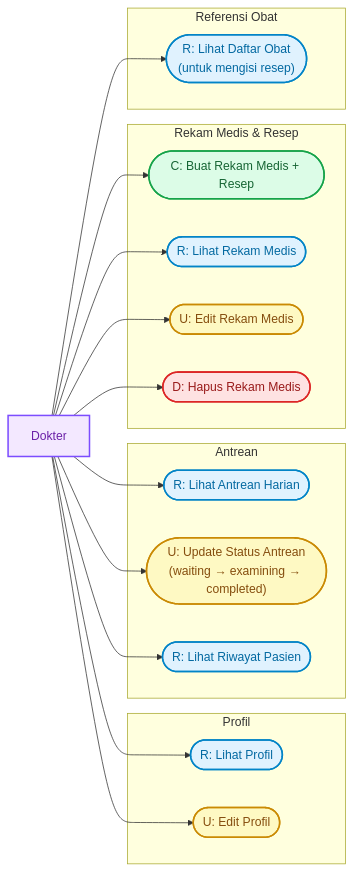
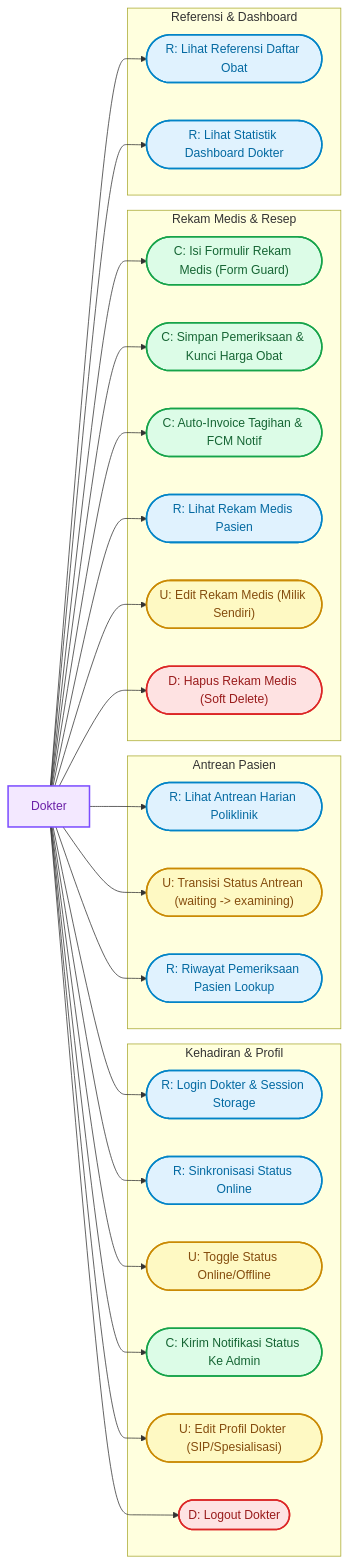
Before and after one commit to Rezi14/NalaSeva-Mobile-Test: the third of 5 diagrams in dokumentasi/USECASE_DIAGRAM.md, drawn with Mermaid. The commit also changed other lines of this file and 32 other files, not shown here.

````diff
--- a/dokumentasi/USECASE_DIAGRAM.md
+++ b/dokumentasi/USECASE_DIAGRAM.md
@@ -196,43 +325,57 @@
 ```mermaid
 flowchart LR
   classDef actorStyle fill:#f3e8ff,stroke:#7c4dff,stroke-width:2px,color:#6b21a8;
   classDef cStyle fill:#dcfce7,stroke:#16a34a,stroke-width:2px,color:#166534;
   classDef rStyle fill:#e0f2fe,stroke:#0284c7,stroke-width:2px,color:#0369a1;
   classDef uStyle fill:#fef9c3,stroke:#ca8a04,stroke-width:2px,color:#854d0e;
   classDef dStyle fill:#fee2e2,stroke:#dc2626,stroke-width:2px,color:#991b1b;
 
   Dokter[Dokter]:::actorStyle
 
-  subgraph Profil ["Profil"]
-    R0(["R: Lihat Profil"]):::rStyle
-    U0(["U: Edit Profil"]):::uStyle
+  subgraph Kehadiran ["Kehadiran & Profil"]
+    R0(["R: Login Dokter & Session Storage"]):::rStyle
+    R1(["R: Sinkronisasi Status Online"]):::rStyle
+    U0(["U: Toggle Status Online/Offline"]):::uStyle
+    C0(["C: Kirim Notifikasi Status Ke Admin"]):::cStyle
+    U1(["U: Edit Profil Dokter (SIP/Spesialisasi)"]):::uStyle
+    D0(["D: Logout Dokter"]):::dStyle
   end
 
-  subgraph Antrean ["Antrean"]
-    R1(["R: Lihat Antrean Harian"]):::rStyle
-    U1(["U: Update Status Antrean\n(waiting → examining → completed)"]):::uStyle
-    R2(["R: Lihat Riwayat Pasien"]):::rStyle
+  subgraph AntreanD ["Antrean Pasien"]
+    R2(["R: Lihat Antrean Harian Poliklinik"]):::rStyle
+    U2(["U: Transisi Status Antrean (waiting -> examining)"]):::uStyle
+    R3(["R: Riwayat Pemeriksaan Pasien Lookup"]):::rStyle
   end
 
-  subgraph RekamMedis ["Rekam Medis & Resep"]
-    C1(["C: Buat Rekam Medis + Resep"]):::cStyle
-    R3(["R: Lihat Rekam Medis"]):::rStyle
-    U2(["U: Edit Rekam Medis"]):::uStyle
-    D1(["D: Hapus Rekam Medis"]):::dStyle
+  subgraph RekamMedisD ["Rekam Medis & Resep"]
+    C1(["C: Isi Formulir Rekam Medis (Form Guard)"]):::cStyle
+    C2(["C: Simpan Pemeriksaan & Kunci Harga Obat"]):::cStyle
+    C3(["C: Auto-Invoice Tagihan & FCM Notif"]):::cStyle
+    R4(["R: Lihat Rekam Medis Pasien"]):::rStyle
+    U3(["U: Edit Rekam Medis (Milik Sendiri)"]):::uStyle
+    D1(["D: Hapus Rekam Medis (Soft Delete)"]):::dStyle
   end
 
-  subgraph Obat ["Referensi Obat"]
-    R4(["R: Lihat Daftar Obat\n(untuk mengisi resep)"]):::rStyle
+  subgraph Referensi ["Referensi & Dashboard"]
+    R5(["R: Lihat Referensi Daftar Obat"]):::rStyle
+    R6(["R: Lihat Statistik Dashboard Dokter"]):::rStyle
   end
 
   Dokter --> R0
+  Dokter --> R1
   Dokter --> U0
-  Dokter --> R1
+  Dokter --> C0
   Dokter --> U1
+  Dokter --> D0
   Dokter --> R2
+  Dokter --> U2
+  Dokter --> R3
   Dokter --> C1
-  Dokter --> R3
-  Dokter --> U2
+  Dokter --> C2
+  Dokter --> C3
+  Dokter --> R4
+  Dokter --> U3
   Dokter --> D1
-  Dokter --> R4
+  Dokter --> R5
+  Dokter --> R6
 ```
````
